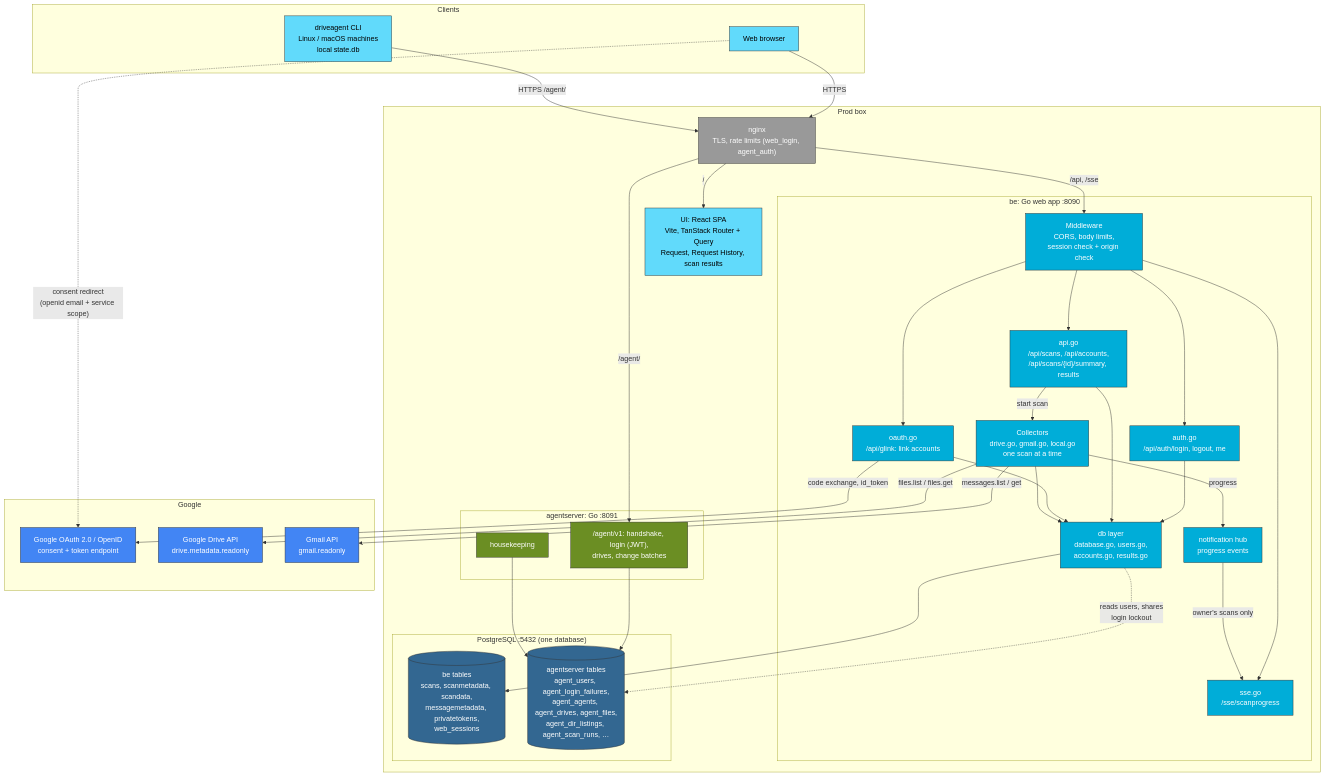
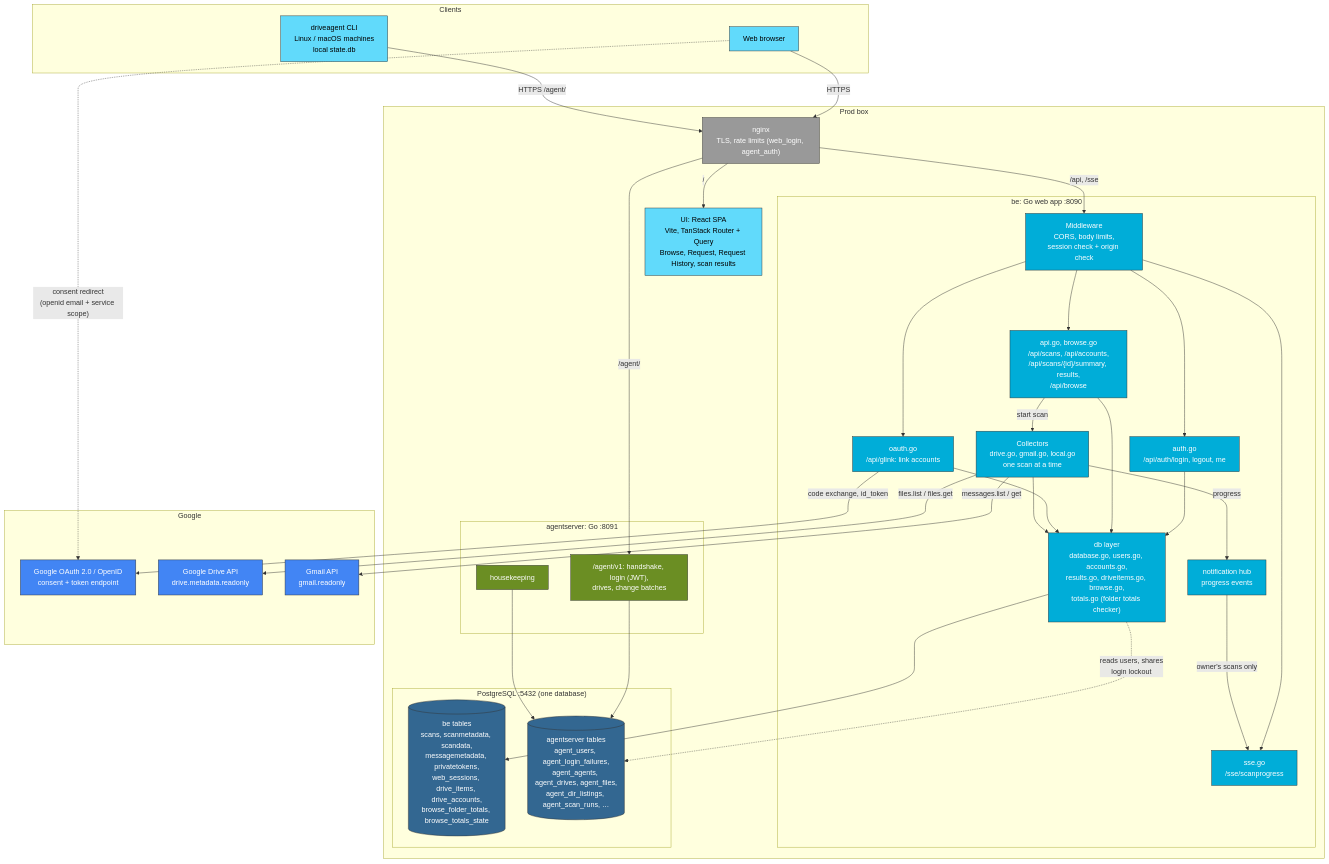
Before and after one commit to jyothri/bhandaar: the first of 5 diagrams in docs/architecture.md, drawn with Mermaid. The commit also changed other lines of this file and 28 other files, not shown here.

First line of the commit message:
Browse: files and folders by Google account and agent drive (#35)

````diff
--- a/docs/architecture.md
+++ b/docs/architecture.md
@@ -11,81 +11,81 @@
 ```mermaid
 graph TB
     subgraph Clients
         Browser["Web browser"]
         Agent["driveagent CLI<br/>Linux / macOS machines<br/>local state.db"]
     end
 
     subgraph "Prod box"
         Nginx["nginx<br/>TLS, rate limits (web_login, agent_auth)"]
-        UI["UI: React SPA<br/>Vite, TanStack Router + Query<br/>Request, Request History, scan results"]
+        UI["UI: React SPA<br/>Vite, TanStack Router + Query<br/>Browse, Request, Request History, scan results"]
 
         subgraph BE["be: Go web app :8090"]
             MW["Middleware<br/>CORS, body limits,<br/>session check + origin check"]
             AuthH["auth.go<br/>/api/auth/login, logout, me"]
-            ApiH["api.go<br/>/api/scans, /api/accounts,<br/>/api/scans/{id}/summary, results"]
+            ApiH["api.go, browse.go<br/>/api/scans, /api/accounts,<br/>/api/scans/{id}/summary, results,<br/>/api/browse"]
             OAuthH["oauth.go<br/>/api/glink: link accounts"]
             SseH["sse.go<br/>/sse/scanprogress"]
             Collect["Collectors<br/>drive.go, gmail.go, local.go<br/>one scan at a time"]
             Hub["notification hub<br/>progress events"]
-            DBL["db layer<br/>database.go, users.go,<br/>accounts.go, results.go"]
+            DBL["db layer<br/>database.go, users.go, accounts.go,<br/>results.go, driveitems.go, browse.go,<br/>totals.go (folder totals checker)"]
         end
 
         subgraph AS["agentserver: Go :8091"]
             AgentAPI["/agent/v1: handshake, login (JWT),<br/>drives, change batches"]
             House["housekeeping"]
         end
 
         subgraph PG["PostgreSQL :5432 (one database)"]
-            BeTables[("be tables<br/>scans, scanmetadata, scandata,<br/>messagemetadata, privatetokens,<br/>web_sessions")]
+            BeTables[("be tables<br/>scans, scanmetadata, scandata,<br/>messagemetadata, privatetokens,<br/>web_sessions, drive_items, drive_accounts,<br/>browse_folder_totals, browse_totals_state")]
             AgentTables[("agentserver tables<br/>agent_users, agent_login_failures,<br/>agent_agents, agent_drives, agent_files,<br/>agent_dir_listings, agent_scan_runs, …")]
         end
     end
 
     subgraph Google
         GAuth["Google OAuth 2.0 / OpenID<br/>consent + token endpoint"]
         GDrive["Google Drive API<br/>drive.metadata.readonly"]
         GMail["Gmail API<br/>gmail.readonly"]
     end
 
     Browser -->|HTTPS| Nginx
     Agent -->|"HTTPS /agent/"| Nginx
     Nginx -->|"/"| UI
     Nginx -->|"/api, /sse"| MW
     Nginx -->|"/agent/"| AgentAPI
     Browser -.->|"consent redirect<br/>(openid email + service scope)"| GAuth
 
     MW --> AuthH
     MW --> ApiH
     MW --> OAuthH
     MW --> SseH
     ApiH -->|start scan| Collect
     Collect -->|progress| Hub
     Hub -->|"owner's scans only"| SseH
 
     AuthH --> DBL
     ApiH --> DBL
     OAuthH --> DBL
     Collect --> DBL
     DBL --> BeTables
     DBL -.->|"reads users, shares<br/>login lockout"| AgentTables
     AgentAPI --> AgentTables
     House --> AgentTables
 
     OAuthH -->|"code exchange, id_token"| GAuth
     Collect -->|"files.list / files.get"| GDrive
     Collect -->|"messages.list / get"| GMail
 
     classDef client fill:#61dafb,stroke:#333,color:#000
     classDef edge fill:#999,stroke:#333,color:#fff
     classDef backend fill:#00add8,stroke:#333,color:#fff
     classDef agentsrv fill:#6b8e23,stroke:#333,color:#fff
     classDef database fill:#336791,stroke:#333,color:#fff
     classDef external fill:#4285f4,stroke:#333,color:#fff
 
     class Browser,Agent,UI client
     class Nginx edge
     class MW,AuthH,ApiH,OAuthH,SseH,Collect,Hub,DBL backend
     class AgentAPI,House agentsrv
     class BeTables,AgentTables database
     class GAuth,GDrive,GMail external
 ```
````
